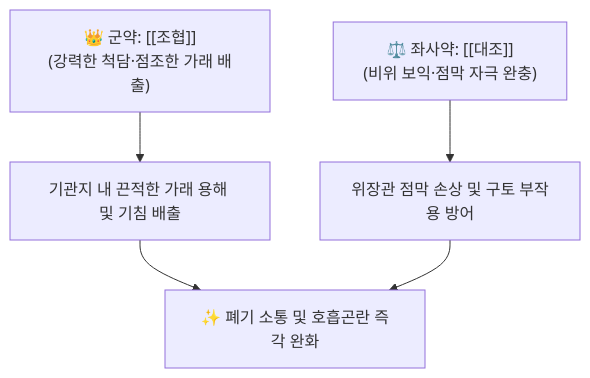
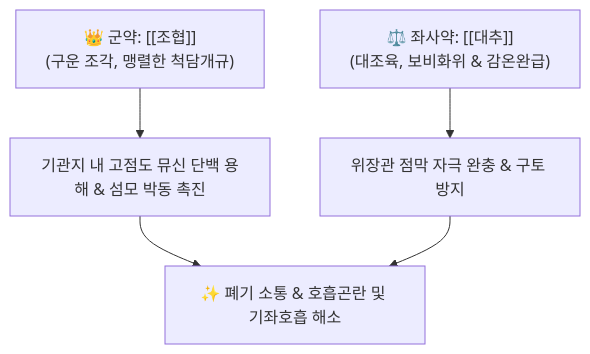
One commit to simbio11/simbio-digital-garden2 changed the diagram in content/2. 약리 공부/처방/03_화담·거습·이수제/조협환.md. Above: the diagram before and after it, drawn with Mermaid. The commit also changed other lines of this file and 248 other files, not shown here.

````diff
--- a/content/2. 약리 공부/처방/03_화담·거습·이수제/조협환.md
+++ b/content/2. 약리 공부/처방/03_화담·거습·이수제/조협환.md
@@ -35,7 +35,7 @@
 ```mermaid
 graph TD
-    Gun["👑 군약: [[조협]]<br>(강력한 척담·점조한 가래 배출)"] --> Action["기관지 내 끈적한 가래 용해 및 기침 배출"]
-    Jwa["⚖️ 좌사약: [[대조]]<br>(비위 보익·점막 자극 완충)"] --> Mod["위장관 점막 손상 및 구토 부작용 방어"]
-    Action --> Outcome["✨ 폐기 소통 및 호흡곤란 즉각 완화"]
+    Gun["👑 군약: [[조협]]<br>(구운 조각, 맹렬한 척담개규)"] --> Action["기관지 내 고점도 뮤신 단백 용해 & 섬모 박동 촉진"]
+    Jwa["⚖️ 좌사약: [[대추]]<br>(대조육, 보비화위 & 감온완급)"] --> Mod["위장관 점막 자극 완충 & 구토 방지"]
+    Action --> Outcome["✨ 폐기 소통 & 호흡곤란 및 기좌호흡 해소"]
     Mod --> Outcome
 ```
````
